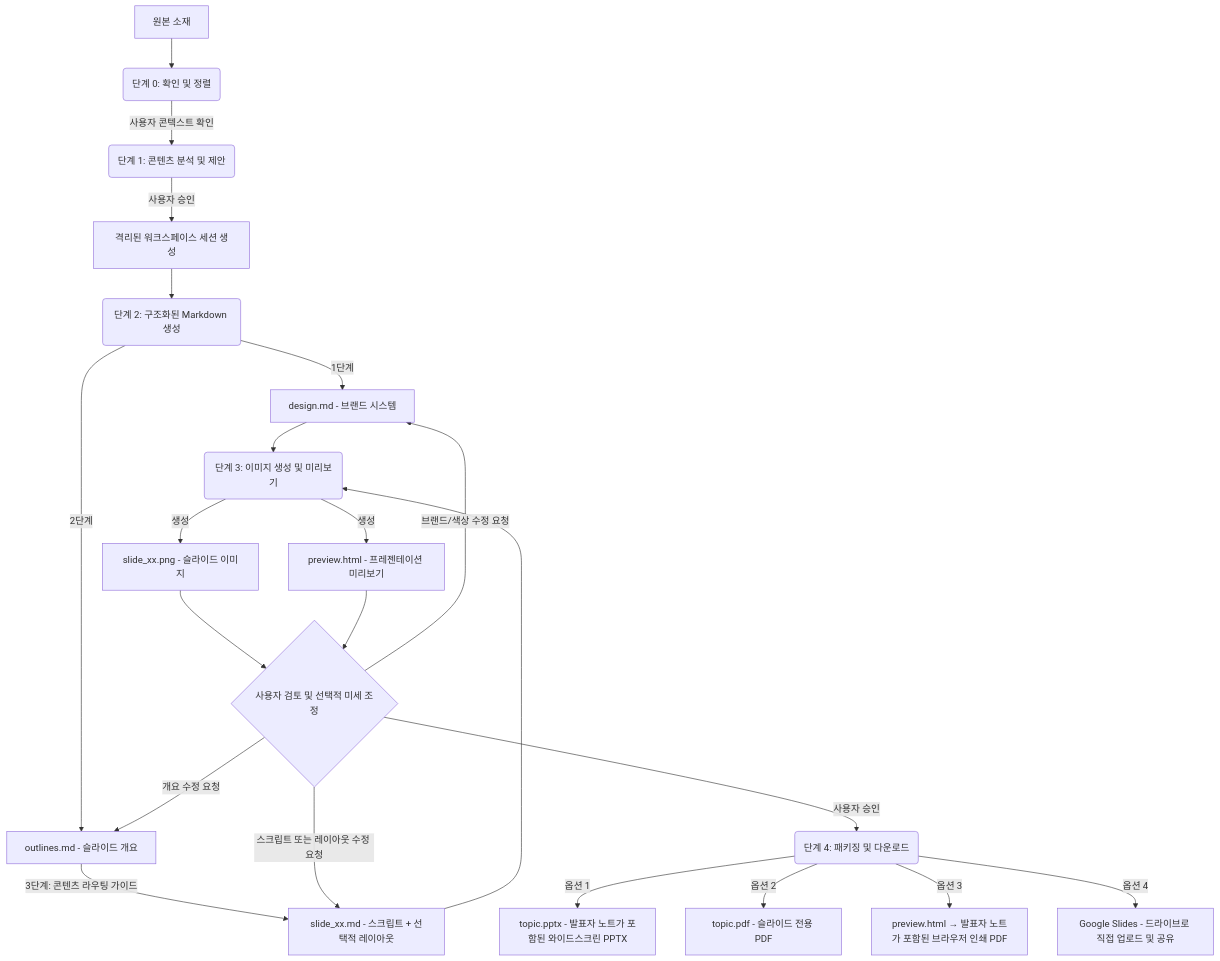
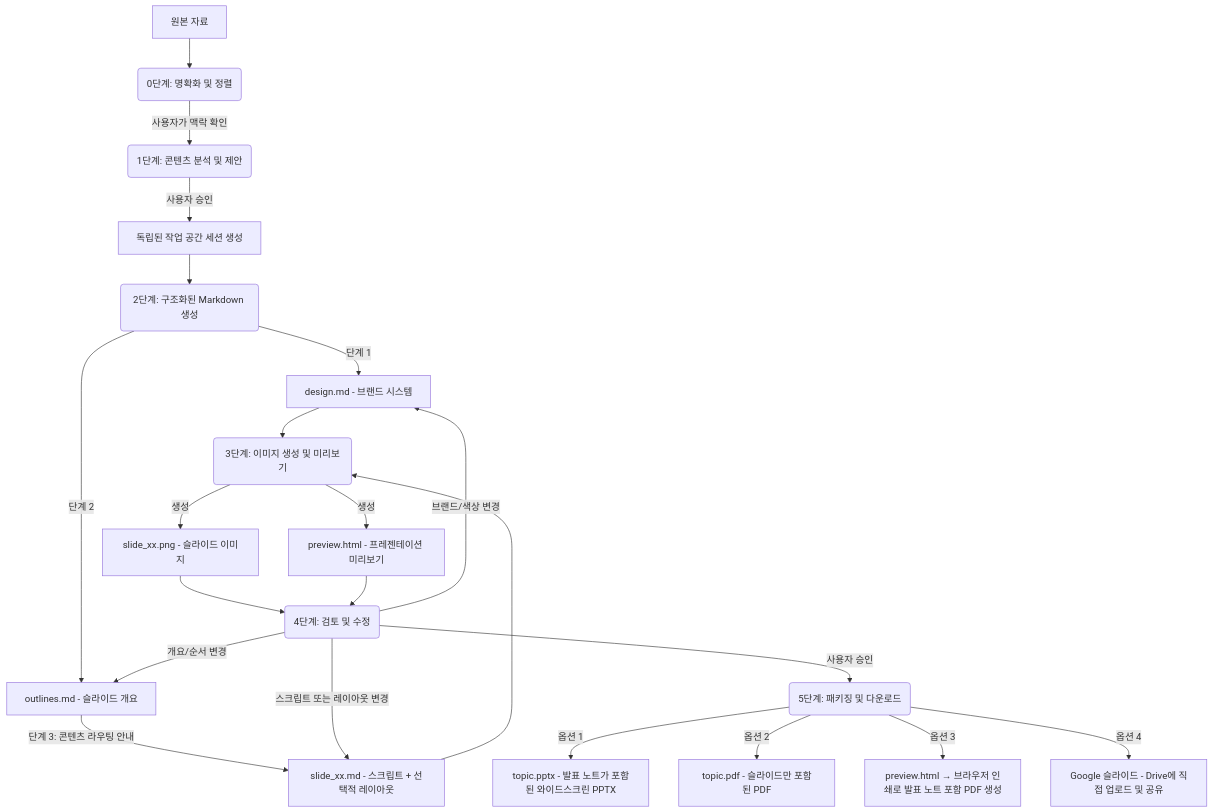
Before and after one commit to sylphlin/slide-gen-agent: the diagram in README.ko.md, drawn with Mermaid. The commit also changed other lines of this file and 4 other files, not shown here.

````diff
--- a/README.ko.md
+++ b/README.ko.md
@@ -23,27 +23,27 @@
 ```mermaid
 graph TD
-    A[원본 소재] --> A0(단계 0: 확인 및 정렬)
-    A0 -->|사용자 콘텍스트 확인| B(단계 1: 콘텐츠 분석 및 제안)
-    B -->|사용자 승인| C[격리된 워크스페이스 세션 생성]
-    C --> D(단계 2: 구조화된 Markdown 생성)
-    
-    D -->|1단계| E1[design.md - 브랜드 시스템]
-    D -->|2단계| E2[outlines.md - 슬라이드 개요]
-    E2 -->|3단계: 콘텐츠 라우팅 가이드| E3[slide_xx.md - 스크립트 + 선택적 레이아웃]
-    
-    E1 & E3 --> F(단계 3: 이미지 생성 및 미리보기)
+    A[원본 자료] --> A0(0단계: 명확화 및 정렬)
+    A0 -->|사용자가 맥락 확인| B(1단계: 콘텐츠 분석 및 제안)
+    B -->|사용자 승인| C[독립된 작업 공간 세션 생성]
+    C --> D(2단계: 구조화된 Markdown 생성)
+
+    D -->|단계 1| E1[design.md - 브랜드 시스템]
+    D -->|단계 2| E2[outlines.md - 슬라이드 개요]
+    E2 -->|단계 3: 콘텐츠 라우팅 안내| E3[slide_xx.md - 스크립트 + 선택적 레이아웃]
+
+    E1 & E3 --> F(3단계: 이미지 생성 및 미리보기)
     F -->|생성| G1[slide_xx.png - 슬라이드 이미지]
     F -->|생성| G2[preview.html - 프레젠테이션 미리보기]
-    
-    G1 & G2 --> H{사용자 검토 및 선택적 미세 조정}
-    
-    H -->|스크립트 또는 레이아웃 수정 요청| E3
-    H -->|개요 수정 요청| E2
-    H -->|브랜드/색상 수정 요청| E1
-    
-    H -->|사용자 승인| I(단계 4: 패키징 및 다운로드)
-    I -->|옵션 1| J[topic.pptx - 발표자 노트가 포함된 와이드스크린 PPTX]
-    I -->|옵션 2| K[topic.pdf - 슬라이드 전용 PDF]
-    I -->|옵션 3| L[preview.html → 발표자 노트가 포함된 브라우저 인쇄 PDF]
-    I -->|옵션 4| M[Google Slides - 드라이브로 직접 업로드 및 공유]
+
+    G1 & G2 --> H(4단계: 검토 및 수정)
+
+    H -->|스크립트 또는 레이아웃 변경| E3
+    H -->|개요/순서 변경| E2
+    H -->|브랜드/색상 변경| E1
+
+    H -->|사용자 승인| I(5단계: 패키징 및 다운로드)
+    I -->|옵션 1| J[topic.pptx - 발표 노트가 포함된 와이드스크린 PPTX]
+    I -->|옵션 2| K[topic.pdf - 슬라이드만 포함된 PDF]
+    I -->|옵션 3| L[preview.html → 브라우저 인쇄로 발표 노트 포함 PDF 생성]
+    I -->|옵션 4| M[Google 슬라이드 - Drive에 직접 업로드 및 공유]
 ```
````
